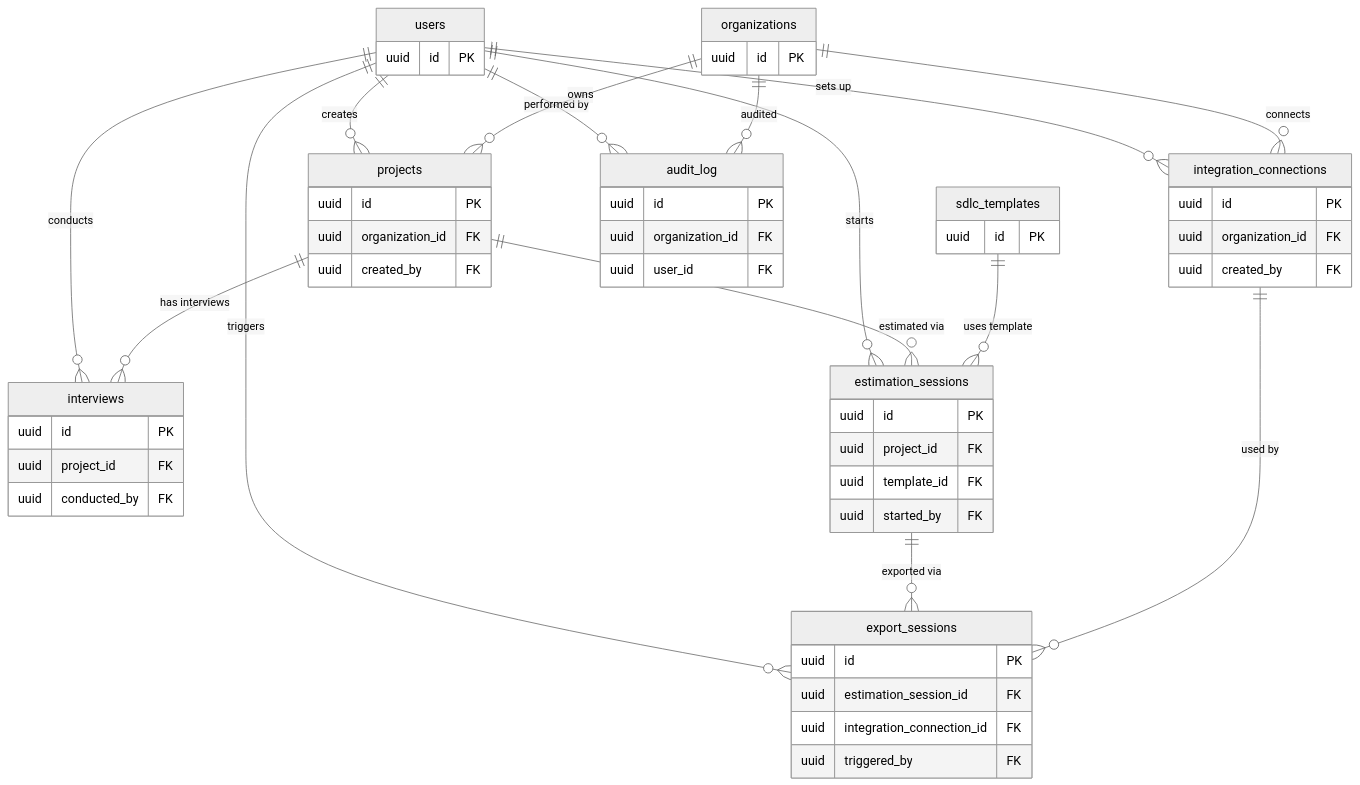
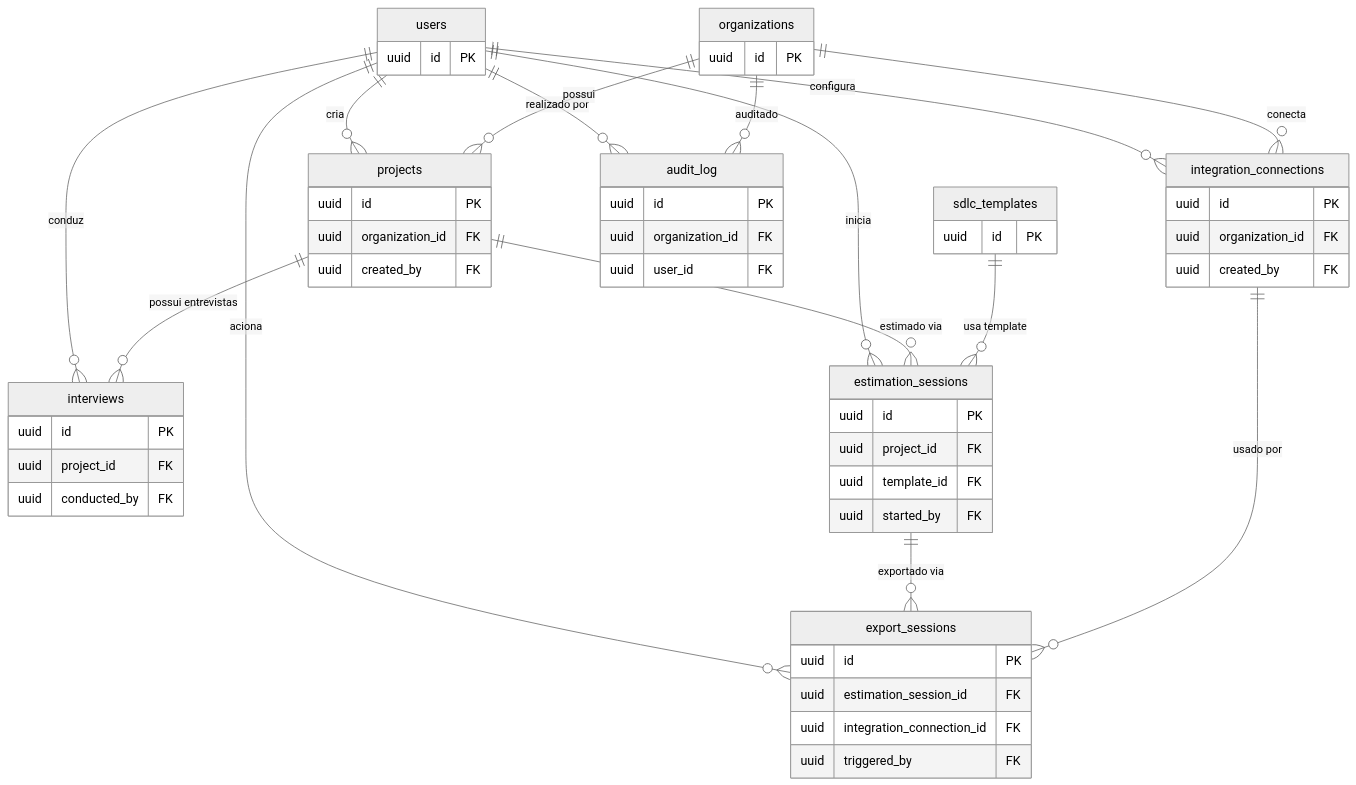
One commit to renatobardi/oute-main changed the eighth of 8 diagrams in docs/database/schema-excalidraw.md. Above: the diagram before and after it, drawn with Mermaid (neutral theme). The commit also changed other lines of this file and 23 other files, not shown here.

````diff
--- a/docs/database/schema-excalidraw.md
+++ b/docs/database/schema-excalidraw.md
@@ -423,72 +423,72 @@
 ```mermaid
 erDiagram
     users {
         uuid id PK
     }
 
     organizations {
         uuid id PK
     }
 
     projects {
         uuid id PK
         uuid organization_id FK
         uuid created_by FK
     }
 
     interviews {
         uuid id PK
         uuid project_id FK
         uuid conducted_by FK
     }
 
     sdlc_templates {
         uuid id PK
     }
 
     estimation_sessions {
         uuid id PK
         uuid project_id FK
         uuid template_id FK
         uuid started_by FK
     }
 
     integration_connections {
         uuid id PK
         uuid organization_id FK
         uuid created_by FK
     }
 
     export_sessions {
         uuid id PK
         uuid estimation_session_id FK
         uuid integration_connection_id FK
         uuid triggered_by FK
     }
 
     audit_log {
         uuid id PK
         uuid organization_id FK
         uuid user_id FK
     }
 
-    %% User is the central actor
-    users ||--o{ projects : "creates"
-    users ||--o{ interviews : "conducts"
-    users ||--o{ estimation_sessions : "starts"
-    users ||--o{ integration_connections : "sets up"
-    users ||--o{ export_sessions : "triggers"
-    users ||--o{ audit_log : "performed by"
+    %% Usuario eh o ator central
+    users ||--o{ projects : "cria"
+    users ||--o{ interviews : "conduz"
+    users ||--o{ estimation_sessions : "inicia"
+    users ||--o{ integration_connections : "configura"
+    users ||--o{ export_sessions : "aciona"
+    users ||--o{ audit_log : "realizado por"
 
-    %% Org scopes everything
-    organizations ||--o{ projects : "owns"
-    organizations ||--o{ integration_connections : "connects"
-    organizations ||--o{ audit_log : "audited"
+    %% Org define o escopo de tudo
+    organizations ||--o{ projects : "possui"
+    organizations ||--o{ integration_connections : "conecta"
+    organizations ||--o{ audit_log : "auditado"
 
-    %% Core flow: Project -> Interview -> Estimation -> Export
-    projects ||--o{ interviews : "has interviews"
-    projects ||--o{ estimation_sessions : "estimated via"
-    sdlc_templates ||--o{ estimation_sessions : "uses template"
-    estimation_sessions ||--o{ export_sessions : "exported via"
-    integration_connections ||--o{ export_sessions : "used by"
+    %% Fluxo principal: Projeto -> Entrevista -> Estimativa -> Exportacao
+    projects ||--o{ interviews : "possui entrevistas"
+    projects ||--o{ estimation_sessions : "estimado via"
+    sdlc_templates ||--o{ estimation_sessions : "usa template"
+    estimation_sessions ||--o{ export_sessions : "exportado via"
+    integration_connections ||--o{ export_sessions : "usado por"
 ```
````
